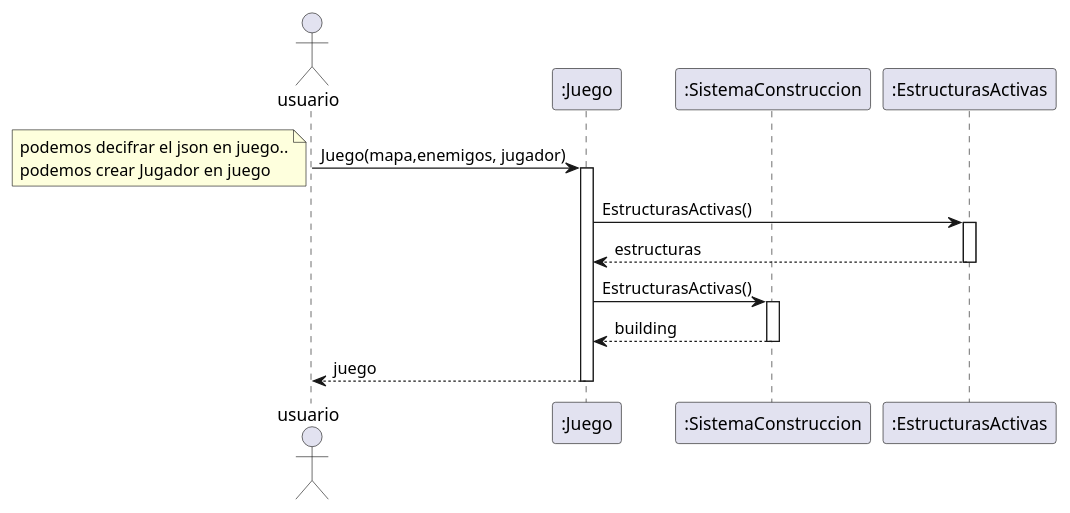
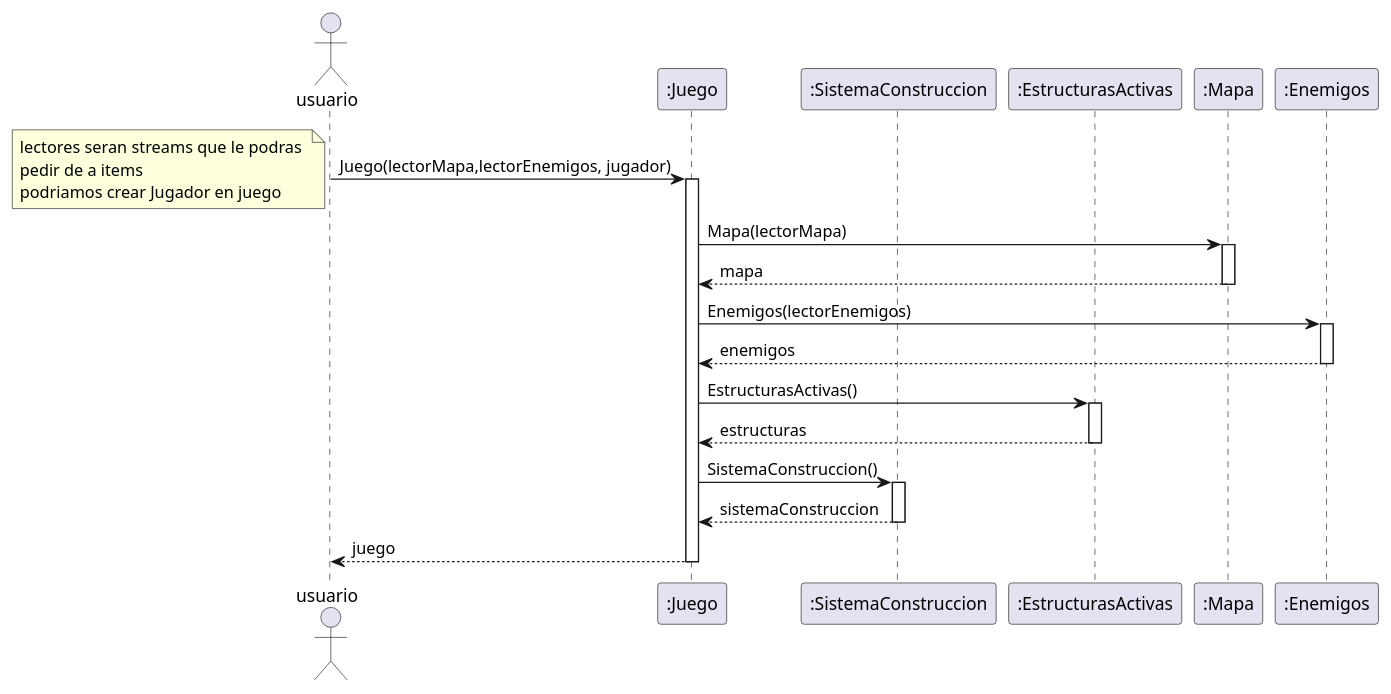
Before and after one commit to MarceloAgustinOrigoniGuillaume/Algo3_TP2_1C2023: the diagram in diagrams/sequences/propuestasMarcelo/inicializar/ideaIncializacion.puml, drawn with PlantUML. The commit also changed 5 other files, not shown here.

```diff
--- a/diagrams/sequences/propuestasMarcelo/inicializar/ideaIncializacion.puml
+++ b/diagrams/sequences/propuestasMarcelo/inicializar/ideaIncializacion.puml
@@ -1,38 +1,51 @@
 @startuml
 
 Actor usuario as sis
 participant ":Juego" as juego
 participant ":SistemaConstruccion" as building
 participant ":EstructurasActivas" as estructuras
+participant ":Mapa" as mapa
+participant ":Enemigos" as enemies
 
 
-
-sis -> juego: Juego(mapa,enemigos, jugador)
+sis -> juego: Juego(lectorMapa,lectorEnemigos, jugador)
 note left
-podemos decifrar el json en juego..
-podemos crear Jugador en juego
+lectores seran streams que le podras 
+pedir de a items
+podriamos crear Jugador en juego
 end note
 activate juego
+
+
+juego->mapa: Mapa(lectorMapa)
+activate mapa
+mapa-->juego: mapa
+deactivate mapa
+
+juego->enemies: Enemigos(lectorEnemigos)
+activate enemies
+enemies-->juego: enemigos
+deactivate enemies
+
+
 
 juego->estructuras: EstructurasActivas()
 activate estructuras
 estructuras-->juego: estructuras
 deactivate estructuras
 
 
 
-juego->building: EstructurasActivas()
+juego->building: SistemaConstruccion()
 activate building
-building-->juego: building
+building-->juego: sistemaConstruccion
 deactivate building
-
-
 
 
 
 juego--> sis: juego
 deactivate juego
 
 
 
 @enduml
```
